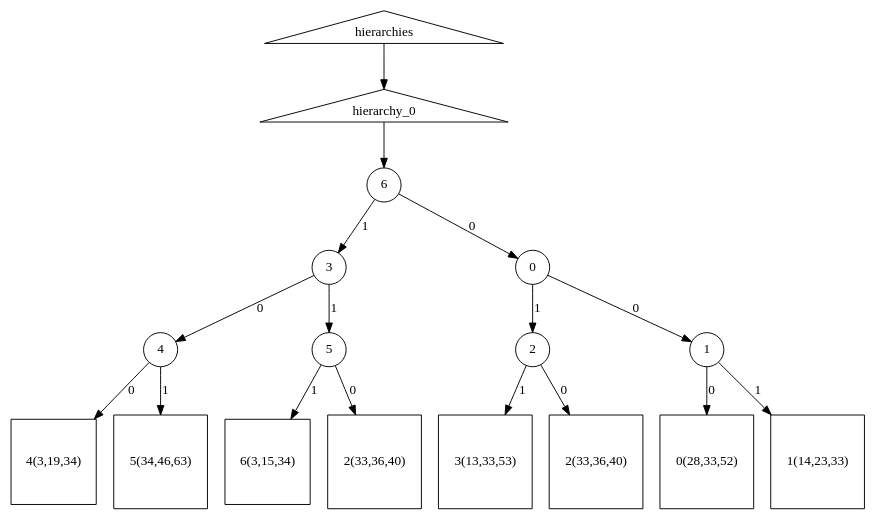
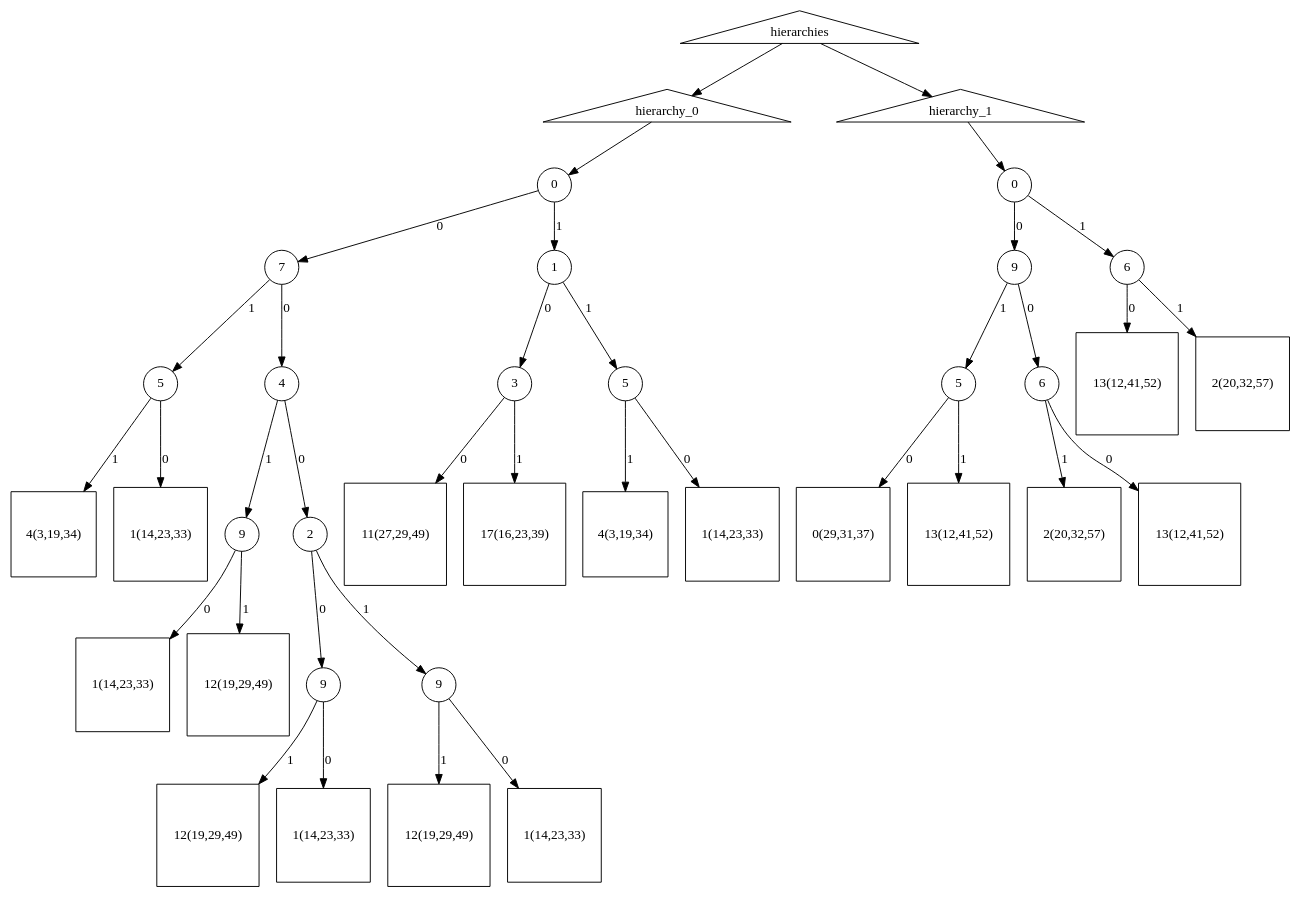
Before and after one commit to morphognosis/Mandala: the diagram in work/mandala_causations.dot, drawn with Graphviz. The commit also changed 9 other files, not shown here.

```diff
--- a/work/mandala_causations.dot
+++ b/work/mandala_causations.dot
@@ -1,35 +1,75 @@
 digraph causations {
 hierarchies [label="hierarchies", shape=triangle];
-h0_t6_0_0_0_1_0_0 [label="0(28,33,52)", shape=square];
-h0_t6_0_0_0_1_1_1 [label="1(14,23,33)", shape=square];
-h0_nt6 [label="6", shape=circle];
-h0_nt6_1_3 [label="3", shape=circle];
-h0_nt6_0_0 [label="0", shape=circle];
-h0_nt6_0_0_1_2 [label="2", shape=circle];
-h0_t6_1_3_0_4_0_4 [label="4(3,19,34)", shape=square];
-h0_t6_0_0_1_2_1_3 [label="3(13,33,53)", shape=square];
-h0_nt6_1_3_0_4 [label="4", shape=circle];
-h0_t6_1_3_1_5_1_6 [label="6(3,15,34)", shape=square];
+h0_nt0_1_1_0_3 [label="3", shape=circle];
+h0_t0_0_7_0_4_0_2_0_9_1_12 [label="12(19,29,49)", shape=square];
+h0_t0_0_7_0_4_0_2_1_9_1_12 [label="12(19,29,49)", shape=square];
+h0_nt0_0_7_1_5 [label="5", shape=circle];
+h0_t0_0_7_0_4_1_9_0_1 [label="1(14,23,33)", shape=square];
+h0_nt0_1_1_1_5 [label="5", shape=circle];
+h0_nt0_0_7_0_4_0_2_0_9 [label="9", shape=circle];
+h0_nt0_0_7_0_4_1_9 [label="9", shape=circle];
+h0_nt0 [label="0", shape=circle];
+h0_nt0_0_7 [label="7", shape=circle];
+h0_t0_0_7_0_4_0_2_0_9_0_1 [label="1(14,23,33)", shape=square];
+h0_t0_1_1_1_5_1_4 [label="4(3,19,34)", shape=square];
 h0 [label="hierarchy_0", shape=triangle];
-h0_t6_1_3_0_4_1_5 [label="5(34,46,63)", shape=square];
-h0_t6_0_0_1_2_0_2 [label="2(33,36,40)", shape=square];
-h0_nt6_0_0_0_1 [label="1", shape=circle];
-h0_t6_1_3_1_5_0_2 [label="2(33,36,40)", shape=square];
-h0_nt6_1_3_1_5 [label="5", shape=circle];
-h0_nt6_1_3_1_5 -> h0_t6_1_3_1_5_1_6 [label="1"];
-h0_nt6_1_3 -> h0_nt6_1_3_1_5 [label="1"];
-h0_nt6_1_3_0_4 -> h0_t6_1_3_0_4_0_4 [label="0"];
-h0_nt6_0_0 -> h0_nt6_0_0_0_1 [label="0"];
-h0_nt6_0_0_1_2 -> h0_t6_0_0_1_2_0_2 [label="0"];
-h0 -> h0_nt6
-h0_nt6_0_0_0_1 -> h0_t6_0_0_0_1_1_1 [label="1"];
-h0_nt6 -> h0_nt6_1_3 [label="1"];
-h0_nt6_1_3_1_5 -> h0_t6_1_3_1_5_0_2 [label="0"];
-h0_nt6_0_0_1_2 -> h0_t6_0_0_1_2_1_3 [label="1"];
+h0_t0_0_7_0_4_0_2_1_9_0_1 [label="1(14,23,33)", shape=square];
+h0_t0_0_7_0_4_1_9_1_12 [label="12(19,29,49)", shape=square];
+h0_t0_1_1_0_3_0_11 [label="11(27,29,49)", shape=square];
+h0_nt0_1_1 [label="1", shape=circle];
+h0_nt0_0_7_0_4_0_2_1_9 [label="9", shape=circle];
+h0_t0_0_7_1_5_1_4 [label="4(3,19,34)", shape=square];
+h0_nt0_0_7_0_4 [label="4", shape=circle];
+h0_nt0_0_7_0_4_0_2 [label="2", shape=circle];
+h0_t0_0_7_1_5_0_1 [label="1(14,23,33)", shape=square];
+h0_t0_1_1_0_3_1_17 [label="17(16,23,39)", shape=square];
+h0_t0_1_1_1_5_0_1 [label="1(14,23,33)", shape=square];
+h0_nt0_0_7_0_4_0_2 -> h0_nt0_0_7_0_4_0_2_1_9 [label="1"];
+h0_nt0_0_7_0_4_1_9 -> h0_t0_0_7_0_4_1_9_1_12 [label="1"];
+h0_nt0_0_7_0_4 -> h0_nt0_0_7_0_4_0_2 [label="0"];
+h0_nt0_1_1 -> h0_nt0_1_1_0_3 [label="0"];
+h0_nt0_0_7_1_5 -> h0_t0_0_7_1_5_1_4 [label="1"];
+h0_nt0_1_1_1_5 -> h0_t0_1_1_1_5_0_1 [label="0"];
+h0_nt0_0_7_0_4_0_2_1_9 -> h0_t0_0_7_0_4_0_2_1_9_0_1 [label="0"];
+h0_nt0 -> h0_nt0_0_7 [label="0"];
+h0_nt0_1_1_0_3 -> h0_t0_1_1_0_3_1_17 [label="1"];
+h0_nt0_0_7_0_4_0_2_1_9 -> h0_t0_0_7_0_4_0_2_1_9_1_12 [label="1"];
+h0_nt0 -> h0_nt0_1_1 [label="1"];
+h0 -> h0_nt0
 hierarchies -> h0
-h0_nt6_1_3 -> h0_nt6_1_3_0_4 [label="0"];
-h0_nt6_1_3_0_4 -> h0_t6_1_3_0_4_1_5 [label="1"];
-h0_nt6 -> h0_nt6_0_0 [label="0"];
-h0_nt6_0_0_0_1 -> h0_t6_0_0_0_1_0_0 [label="0"];
-h0_nt6_0_0 -> h0_nt6_0_0_1_2 [label="1"];
+h0_nt0_0_7_0_4_0_2_0_9 -> h0_t0_0_7_0_4_0_2_0_9_0_1 [label="0"];
+h0_nt0_1_1 -> h0_nt0_1_1_1_5 [label="1"];
+h0_nt0_0_7_0_4_1_9 -> h0_t0_0_7_0_4_1_9_0_1 [label="0"];
+h0_nt0_0_7 -> h0_nt0_0_7_0_4 [label="0"];
+h0_nt0_1_1_0_3 -> h0_t0_1_1_0_3_0_11 [label="0"];
+h0_nt0_0_7_0_4 -> h0_nt0_0_7_0_4_1_9 [label="1"];
+h0_nt0_0_7 -> h0_nt0_0_7_1_5 [label="1"];
+h0_nt0_1_1_1_5 -> h0_t0_1_1_1_5_1_4 [label="1"];
+h0_nt0_0_7_0_4_0_2 -> h0_nt0_0_7_0_4_0_2_0_9 [label="0"];
+h0_nt0_0_7_0_4_0_2_0_9 -> h0_t0_0_7_0_4_0_2_0_9_1_12 [label="1"];
+h0_nt0_0_7_1_5 -> h0_t0_0_7_1_5_0_1 [label="0"];
+h1_nt0_0_9_1_5 [label="5", shape=circle];
+h1_t0_0_9_0_6_1_2 [label="2(20,32,57)", shape=square];
+h1_nt0 [label="0", shape=circle];
+h1_t0_0_9_0_6_0_13 [label="13(12,41,52)", shape=square];
+h1_t0_1_6_0_13 [label="13(12,41,52)", shape=square];
+h1_nt0_0_9_0_6 [label="6", shape=circle];
+h1_t0_0_9_1_5_0_0 [label="0(29,31,37)", shape=square];
+h1_t0_0_9_1_5_1_13 [label="13(12,41,52)", shape=square];
+h1_t0_1_6_1_2 [label="2(20,32,57)", shape=square];
+h1_nt0_0_9 [label="9", shape=circle];
+h1_nt0_1_6 [label="6", shape=circle];
+h1 [label="hierarchy_1", shape=triangle];
+h1_nt0_0_9_1_5 -> h1_t0_0_9_1_5_0_0 [label="0"];
+h1_nt0 -> h1_nt0_0_9 [label="0"];
+hierarchies -> h1
+h1 -> h1_nt0
+h1_nt0_0_9_0_6 -> h1_t0_0_9_0_6_0_13 [label="0"];
+h1_nt0_0_9_0_6 -> h1_t0_0_9_0_6_1_2 [label="1"];
+h1_nt0_0_9_1_5 -> h1_t0_0_9_1_5_1_13 [label="1"];
+h1_nt0_0_9 -> h1_nt0_0_9_0_6 [label="0"];
+h1_nt0_0_9 -> h1_nt0_0_9_1_5 [label="1"];
+h1_nt0 -> h1_nt0_1_6 [label="1"];
+h1_nt0_1_6 -> h1_t0_1_6_0_13 [label="0"];
+h1_nt0_1_6 -> h1_t0_1_6_1_2 [label="1"];
 }
```
